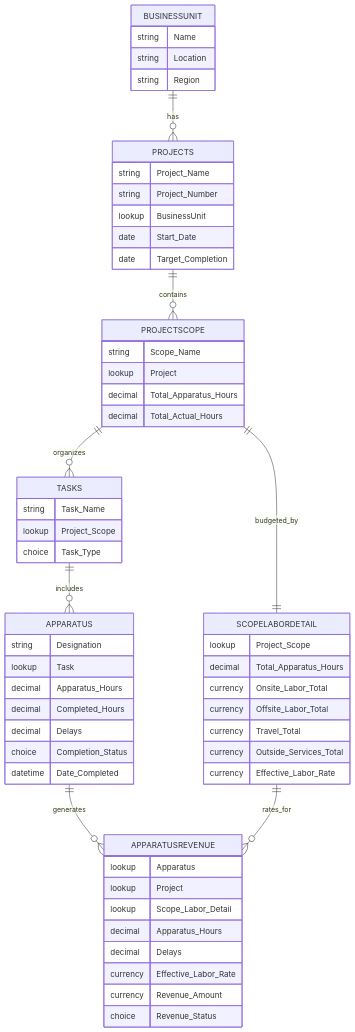
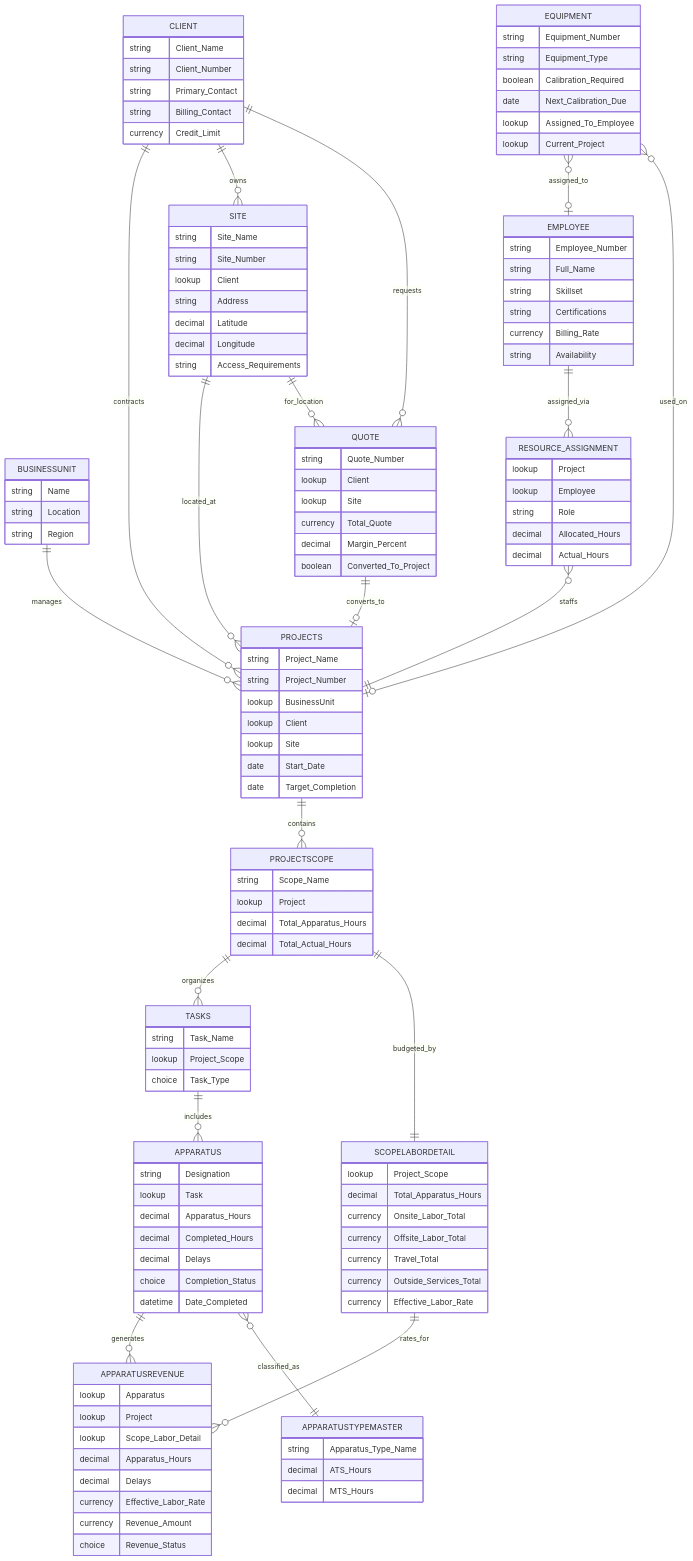
One commit to APEX-Power-Ops/apex-power-ops-platform changed the second of 7 diagrams in PROJECT_OVERVIEW.md. Above: the diagram before and after it, drawn with Mermaid. The commit also changed other lines of this file and 83 other files, not shown here.

````diff
--- a/PROJECT_OVERVIEW.md
+++ b/PROJECT_OVERVIEW.md
@@ -96,13 +107,83 @@
 ```mermaid
 erDiagram
-    BUSINESSUNIT ||--o{ PROJECTS : "has"
+    %% Core Project Relationships
+    BUSINESSUNIT ||--o{ PROJECTS : "manages"
+    CLIENT ||--o{ PROJECTS : "contracts"
+    SITE ||--o{ PROJECTS : "located_at"
+    CLIENT ||--o{ SITE : "owns"
+    CLIENT ||--o{ QUOTE : "requests"
+    SITE ||--o{ QUOTE : "for_location"
+    QUOTE ||--o| PROJECTS : "converts_to"
+    
     PROJECTS ||--o{ PROJECTSCOPE : "contains"
     PROJECTSCOPE ||--o{ TASKS : "organizes"
     PROJECTSCOPE ||--|| SCOPELABORDETAIL : "budgeted_by"
     TASKS ||--o{ APPARATUS : "includes"
     APPARATUS ||--o{ APPARATUSREVENUE : "generates"
     SCOPELABORDETAIL ||--o{ APPARATUSREVENUE : "rates_for"
+    APPARATUS }o--|| APPARATUSTYPEMASTER : "classified_as"
     
+    %% Resource Management (New v1.4.0.0)
+    EMPLOYEE ||--o{ RESOURCE_ASSIGNMENT : "assigned_via"
+    RESOURCE_ASSIGNMENT }o--|| PROJECTS : "staffs"
+    EQUIPMENT }o--o| EMPLOYEE : "assigned_to"
+    EQUIPMENT }o--o| PROJECTS : "used_on"
+    
+    %% New Tables (v1.4.0.0)
+    CLIENT {
+        string Client_Name
+        string Client_Number
+        string Primary_Contact
+        string Billing_Contact
+        currency Credit_Limit
+    }
+    
+    SITE {
+        string Site_Name
+        string Site_Number
+        lookup Client
+        string Address
+        decimal Latitude
+        decimal Longitude
+        string Access_Requirements
+    }
+    
+    EMPLOYEE {
+        string Employee_Number
+        string Full_Name
+        string Skillset
+        string Certifications
+        currency Billing_Rate
+        string Availability
+    }
+    
+    QUOTE {
+        string Quote_Number
+        lookup Client
+        lookup Site
+        currency Total_Quote
+        decimal Margin_Percent
+        boolean Converted_To_Project
+    }
+    
+    RESOURCE_ASSIGNMENT {
+        lookup Project
+        lookup Employee
+        string Role
+        decimal Allocated_Hours
+        decimal Actual_Hours
+    }
+    
+    EQUIPMENT {
+        string Equipment_Number
+        string Equipment_Type
+        boolean Calibration_Required
+        date Next_Calibration_Due
+        lookup Assigned_To_Employee
+        lookup Current_Project
+    }
+    
+    %% Original Core Tables
     BUSINESSUNIT {
         string Name
         string Location
@@ -113,6 +194,8 @@
         string Project_Name
         string Project_Number
         lookup BusinessUnit
+        lookup Client
+        lookup Site
         date Start_Date
         date Target_Completion
     }
@@ -160,4 +243,10 @@
         currency Revenue_Amount
         choice Revenue_Status
     }
+    
+    APPARATUSTYPEMASTER {
+        string Apparatus_Type_Name
+        decimal ATS_Hours
+        decimal MTS_Hours
+    }
 ```
````
